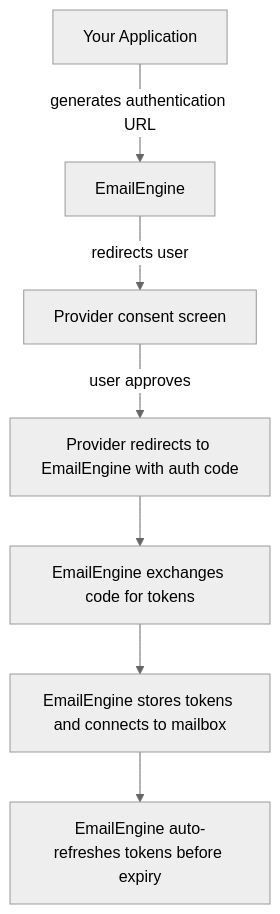
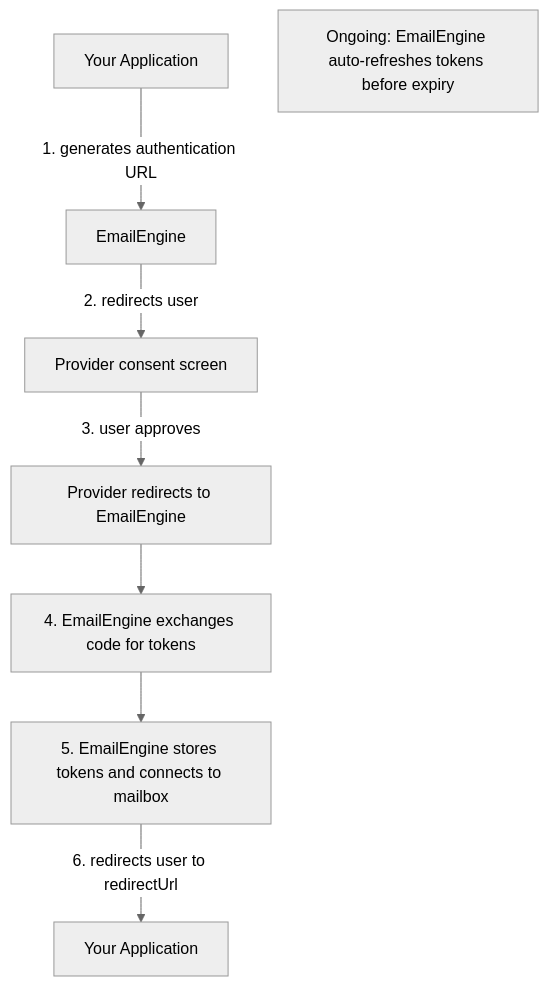
One commit to postalsys/learn-emailengine-app changed the diagram in docs/accounts/oauth2-setup.md. Above: the diagram before and after it, drawn with Mermaid (neutral theme).

Commit message:
Add redirect back to application step in OAuth2 flow diagram

````diff
--- a/docs/accounts/oauth2-setup.md
+++ b/docs/accounts/oauth2-setup.md
@@ -49,9 +49,11 @@
 ```mermaid
 flowchart TD
-    A[Your Application] -->|generates authentication URL| B[EmailEngine]
-    B -->|redirects user| C[Provider consent screen]
-    C -->|user approves| D[Provider redirects to EmailEngine with auth code]
-    D --> E[EmailEngine exchanges code for tokens]
-    E --> F[EmailEngine stores tokens and connects to mailbox]
-    F --> G[EmailEngine auto-refreshes tokens before expiry]
+    A[Your Application] -->|1. generates authentication URL| B[EmailEngine]
+    B -->|2. redirects user| C[Provider consent screen]
+    C -->|3. user approves| D[Provider redirects to EmailEngine]
+    D --> E[4. EmailEngine exchanges code for tokens]
+    E --> F[5. EmailEngine stores tokens and connects to mailbox]
+    F -->|6. redirects user to redirectUrl| G[Your Application]
+
+    H[Ongoing: EmailEngine auto-refreshes tokens before expiry]
 ```
````
